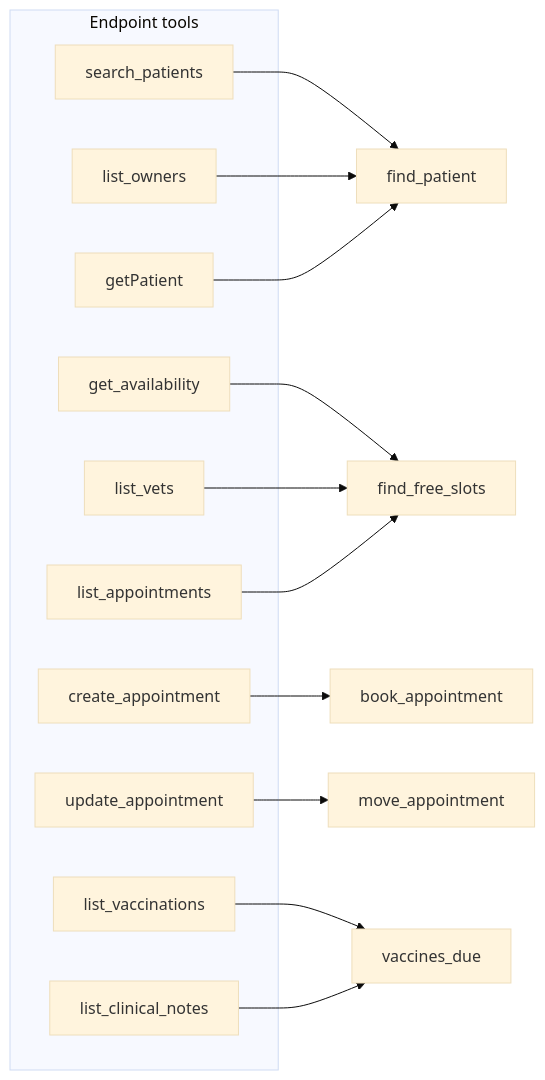
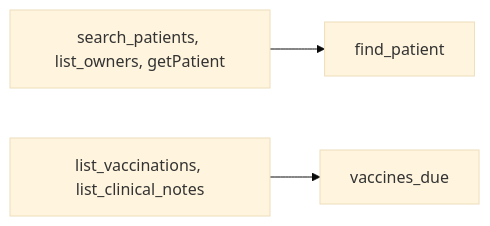
One commit to learnwithparam/mcp-workshop changed the diagram in parts/02-pick-the-right-tool/02-shape-tools-around-jobs/problem/README.md. Above: the diagram before and after it, drawn with Mermaid (base theme). The commit also changed other lines of this file and 153 other files, not shown here.

````diff
--- a/parts/02-pick-the-right-tool/02-shape-tools-around-jobs/problem/README.md
+++ b/parts/02-pick-the-right-tool/02-shape-tools-around-jobs/problem/README.md
@@ -11,20 +7,5 @@
 ```mermaid
 flowchart LR
-  subgraph Endpoints [Endpoint tools]
-    A[search_patients]
-    B[list_owners]
-    C[getPatient]
-    E[get_availability]
-    F[list_vets]
-    G[list_appointments]
-    I[create_appointment]
-    J[update_appointment]
-    K[list_vaccinations]
-    L[list_clinical_notes]
-  end
-  A & B & C --> P[find_patient]
-  E & F & G --> S[find_free_slots]
-  I --> BK[book_appointment]
-  J --> MV[move_appointment]
-  K & L --> V[vaccines_due]
+  A[search_patients, list_owners, getPatient] --> F[find_patient]
+  K[list_vaccinations, list_clinical_notes] --> V[vaccines_due]
 ```
````
